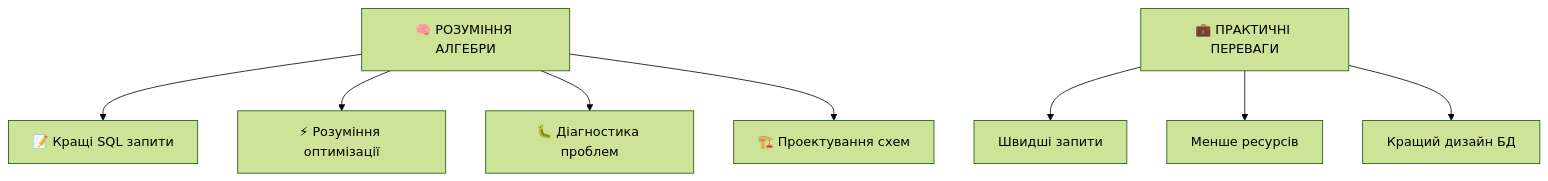
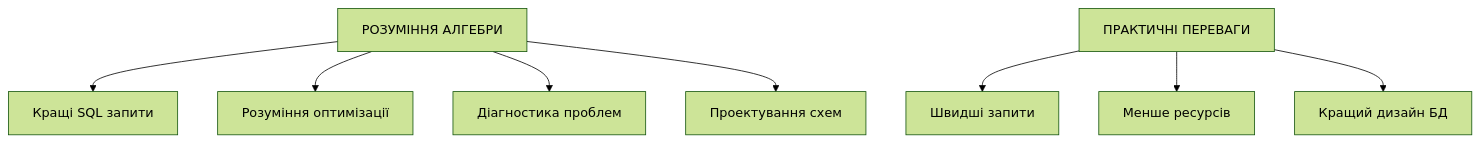
One commit to olroi421/course-bd changed the eighth of 8 diagrams in docs/presentations/presentation-04.md. Above: the diagram before and after it, drawn with Mermaid (forest theme). The commit also changed other lines of this file and 1 other file, not shown here.

````diff
--- a/docs/presentations/presentation-04.md
+++ b/docs/presentations/presentation-04.md
@@ -721,11 +722,11 @@
 ```mermaid
 graph TD
-    A[🧠 РОЗУМІННЯ АЛГЕБРИ] --> B[📝 Кращі SQL запити]
-    A --> C[⚡ Розуміння оптимізації]
-    A --> D[🐛 Діагностика проблем]
-    A --> E[🏗️ Проектування схем]
+    A[РОЗУМІННЯ АЛГЕБРИ] --> B[Кращі SQL запити]
+    A --> C[Розуміння оптимізації]
+    A --> D[Діагностика проблем]
+    A --> E[Проектування схем]
 
-    F[💼 ПРАКТИЧНІ ПЕРЕВАГИ] --> G[Швидші запити]
+    F[ПРАКТИЧНІ ПЕРЕВАГИ] --> G[Швидші запити]
     F --> H[Менше ресурсів]
     F --> I[Кращий дизайн БД]
 ```
````
